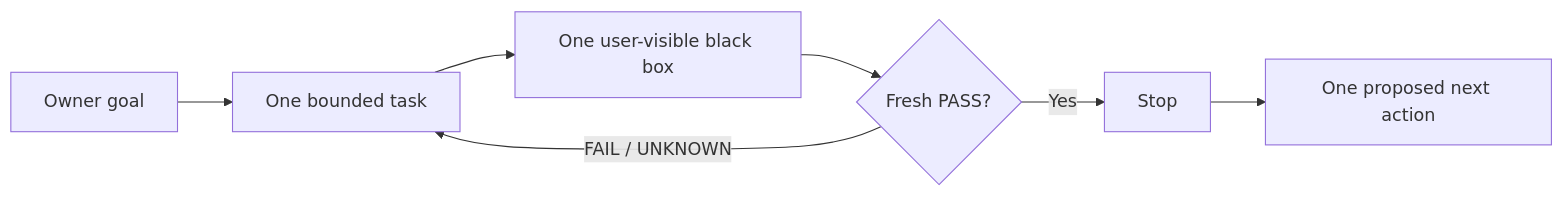
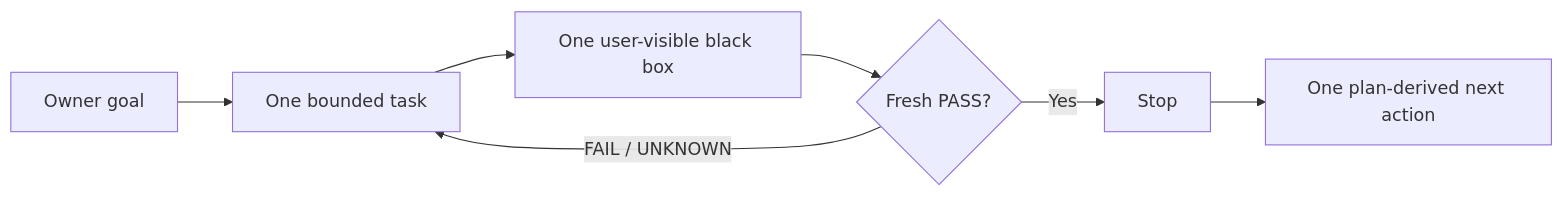
Before and after one commit to t01089572455/oh-no-codex: the diagram in README.md, drawn with Mermaid. The commit also changed other lines of this file and 8 other files, not shown here.

````diff
--- a/README.md
+++ b/README.md
@@ -77,9 +79,9 @@
 ```mermaid
 flowchart LR
     A["Owner goal"] --> B["One bounded task"]
     B --> C["One user-visible black box"]
     C --> D{"Fresh PASS?"}
     D -- "FAIL / UNKNOWN" --> B
     D -- "Yes" --> E["Stop"]
-    E --> F["One proposed next action"]
+    E --> F["One plan-derived next action"]
 ```
````
